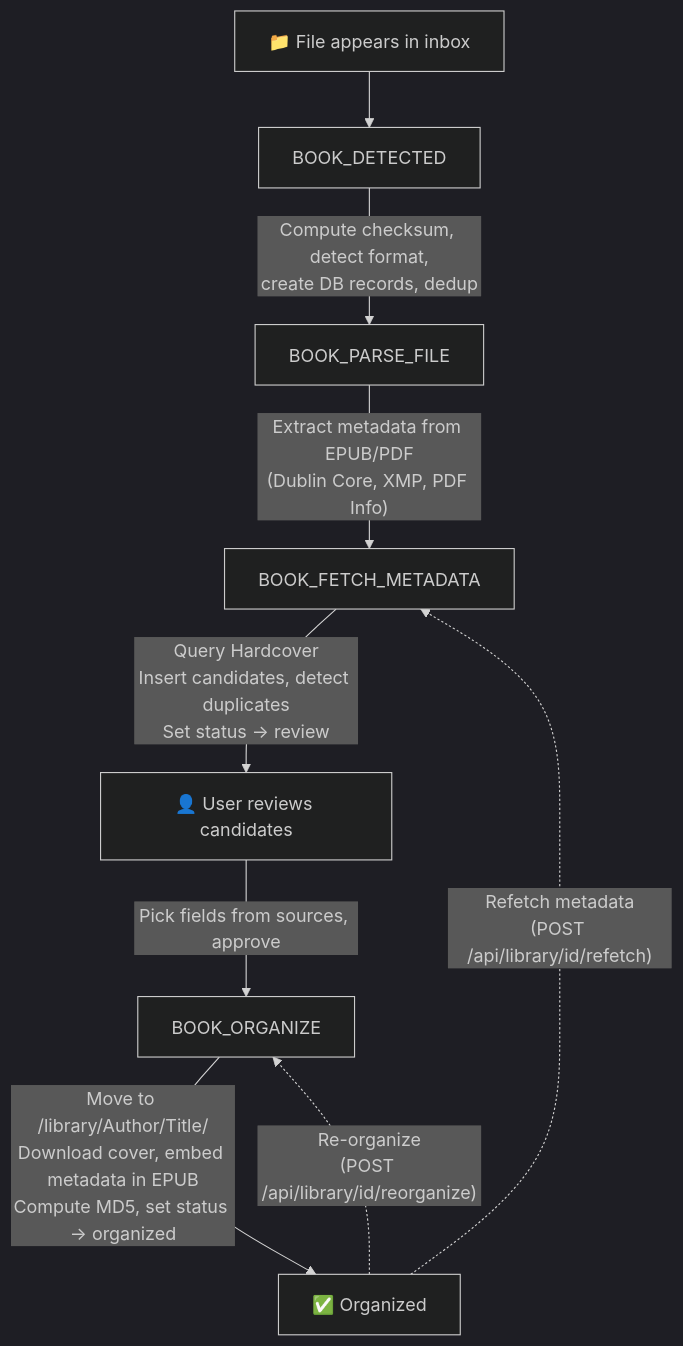
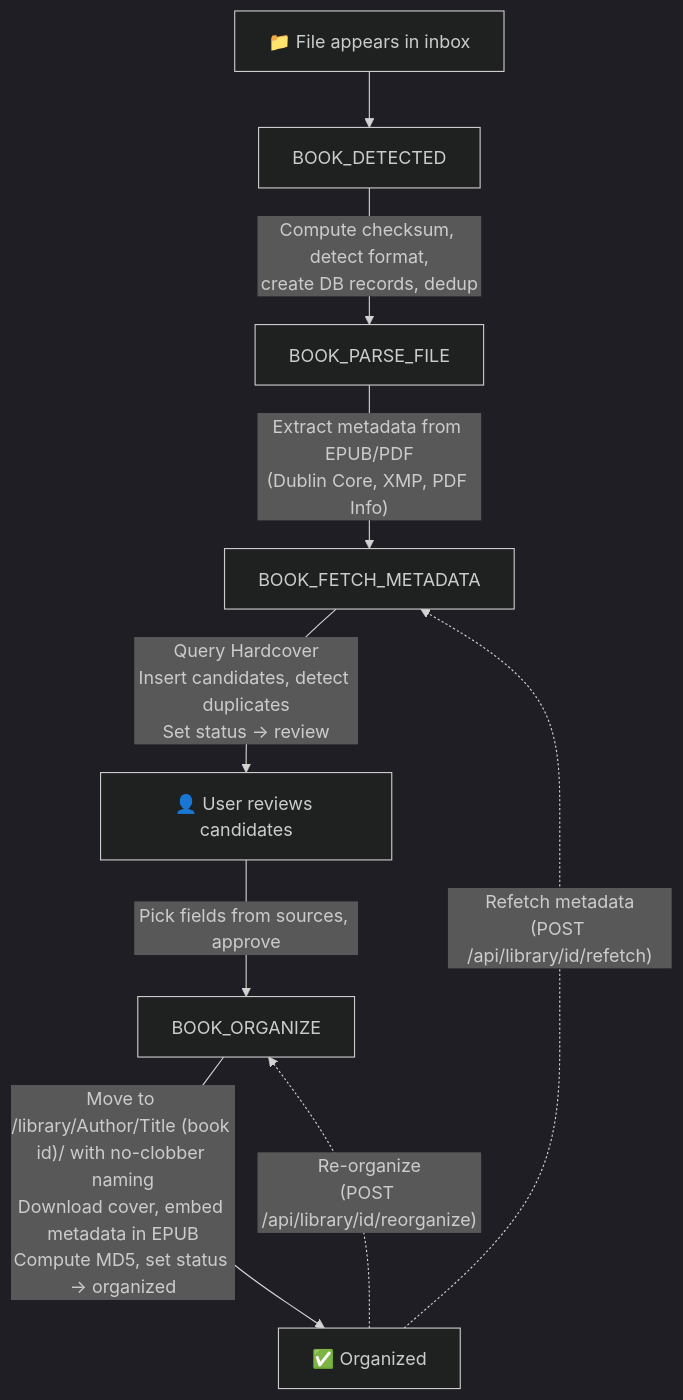
The second of 2 diagrams in docs/architecture.md (RazorSiM/libris), drawn with Mermaid (dark theme) before and after one commit. The commit also changed other lines of this file and 133 other files, not shown here.

````diff
--- a/docs/architecture.md
+++ b/docs/architecture.md
@@ -404,11 +412,11 @@
 ```mermaid
 flowchart TD
     A["📁 File appears in inbox"] --> B["BOOK_DETECTED"]
     B --> |"Compute checksum, detect format,\ncreate DB records, dedup"| C["BOOK_PARSE_FILE"]
     C --> |"Extract metadata from EPUB/PDF\n(Dublin Core, XMP, PDF Info)"| D["BOOK_FETCH_METADATA"]
     D --> |"Query Hardcover\nInsert candidates, detect duplicates\nSet status → review"| E["👤 User reviews candidates"]
     E --> |"Pick fields from sources, approve"| F["BOOK_ORGANIZE"]
-    F --> |"Move to /library/Author/Title/\nDownload cover, embed metadata in EPUB\nCompute MD5, set status → organized"| G["✅ Organized"]
+    F --> |"Move to /library/Author/Title (book id)/ with no-clobber naming\nDownload cover, embed metadata in EPUB\nCompute MD5, set status → organized"| G["✅ Organized"]
     G -.-> |"Refetch metadata\n(POST /api/library/id/refetch)"| D
     G -.-> |"Re-organize\n(POST /api/library/id/reorganize)"| F
 ```
````
